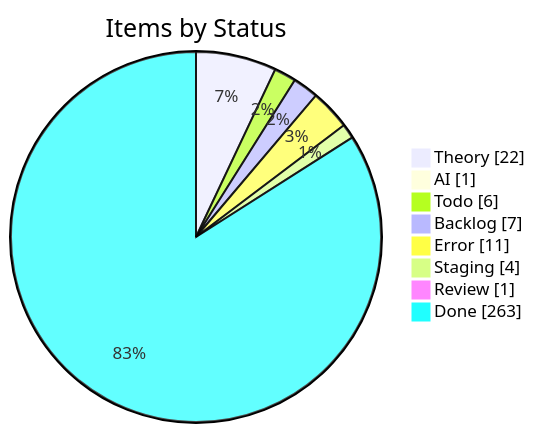
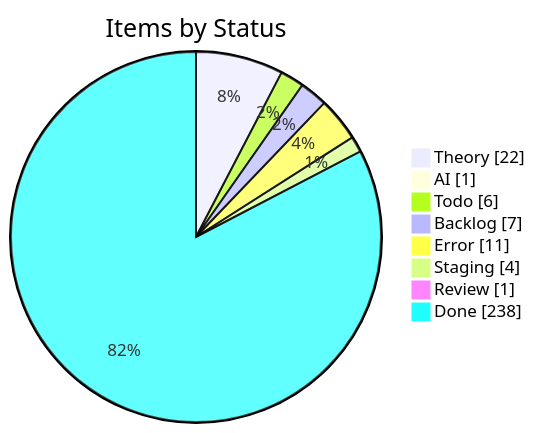
The first of 4 diagrams in apps/kbve/astro-kbve/src/content/docs/dashboard/kanban-data.mdx (KBVE/kbve), drawn with Mermaid before and after one commit. The commit also changed other lines of this file and 7 other files, not shown here.

````diff
--- a/apps/kbve/astro-kbve/src/content/docs/dashboard/kanban-data.mdx
+++ b/apps/kbve/astro-kbve/src/content/docs/dashboard/kanban-data.mdx
@@ -55,12 +55,12 @@
 ```mermaid
 pie showData
     title Items by Status
     "Theory" : 22
     "AI" : 1
     "Todo" : 6
     "Backlog" : 7
     "Error" : 11
     "Staging" : 4
     "Review" : 1
-    "Done" : 263
+    "Done" : 238
 ```
````
